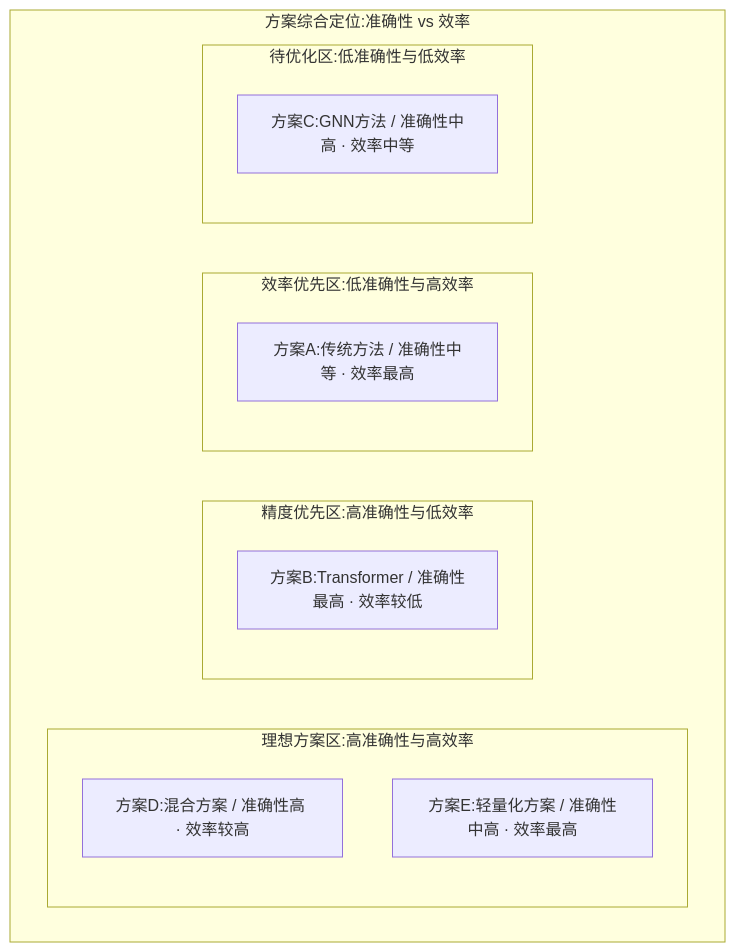
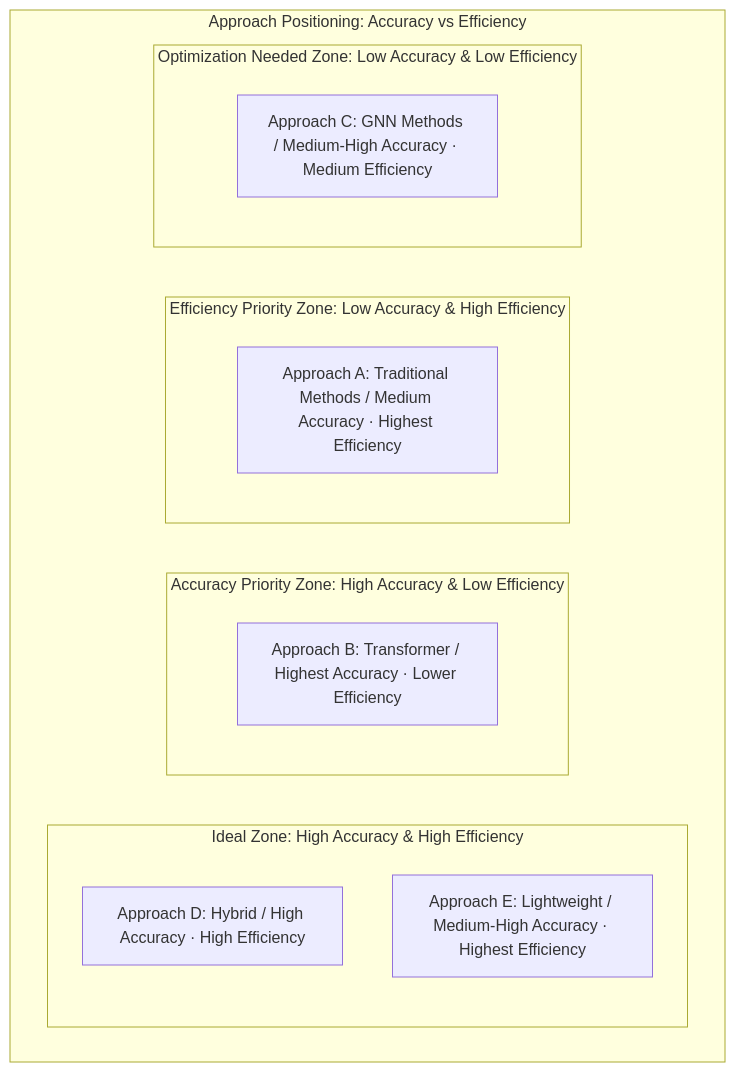
One commit to Kirky-X/cangjie changed the seventh of 11 diagrams in templates/【模板】论文研究报告.md. Above: the diagram before and after it, drawn with Mermaid. The commit also changed other lines of this file and 12 other files, not shown here.

````diff
--- a/templates/【模板】论文研究报告.md
+++ b/templates/【模板】论文研究报告.md
@@ -365,18 +365,18 @@
 ```mermaid
 graph TB
-    subgraph matrix[方案综合定位:准确性 vs 效率]
-        subgraph ideal[理想方案区:高准确性与高效率]
-            D[方案D:混合方案 / 准确性高 · 效率较高]
-            E[方案E:轻量化方案 / 准确性中高 · 效率最高]
+    subgraph matrix[Approach Positioning: Accuracy vs Efficiency]
+        subgraph ideal[Ideal Zone: High Accuracy & High Efficiency]
+            D[Approach D: Hybrid / High Accuracy · High Efficiency]
+            E[Approach E: Lightweight / Medium-High Accuracy · Highest Efficiency]
         end
-        subgraph accuracy[精度优先区:高准确性与低效率]
-            B[方案B:Transformer / 准确性最高 · 效率较低]
+        subgraph accuracy[Accuracy Priority Zone: High Accuracy & Low Efficiency]
+            B[Approach B: Transformer / Highest Accuracy · Lower Efficiency]
         end
-        subgraph efficiency[效率优先区:低准确性与高效率]
-            A[方案A:传统方法 / 准确性中等 · 效率最高]
+        subgraph efficiency[Efficiency Priority Zone: Low Accuracy & High Efficiency]
+            A[Approach A: Traditional Methods / Medium Accuracy · Highest Efficiency]
         end
-        subgraph pending[待优化区:低准确性与低效率]
-            C[方案C:GNN方法 / 准确性中高 · 效率中等]
+        subgraph pending[Optimization Needed Zone: Low Accuracy & Low Efficiency]
+            C[Approach C: GNN Methods / Medium-High Accuracy · Medium Efficiency]
         end
     end
 ```
````
